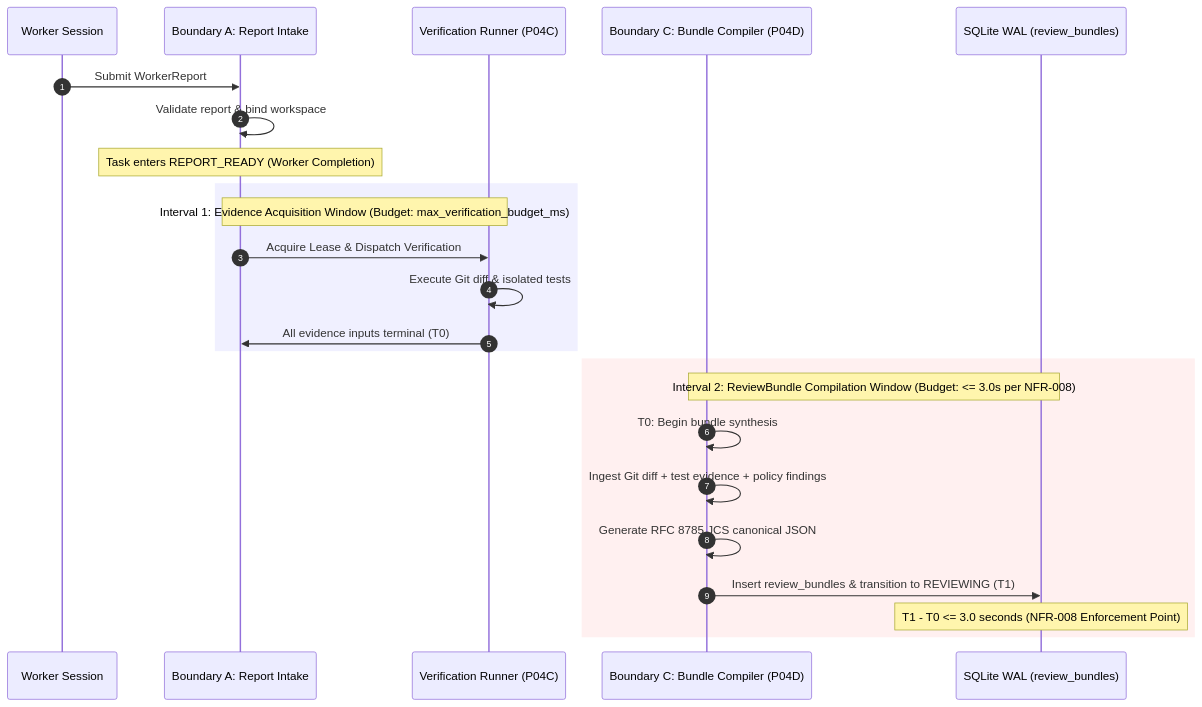
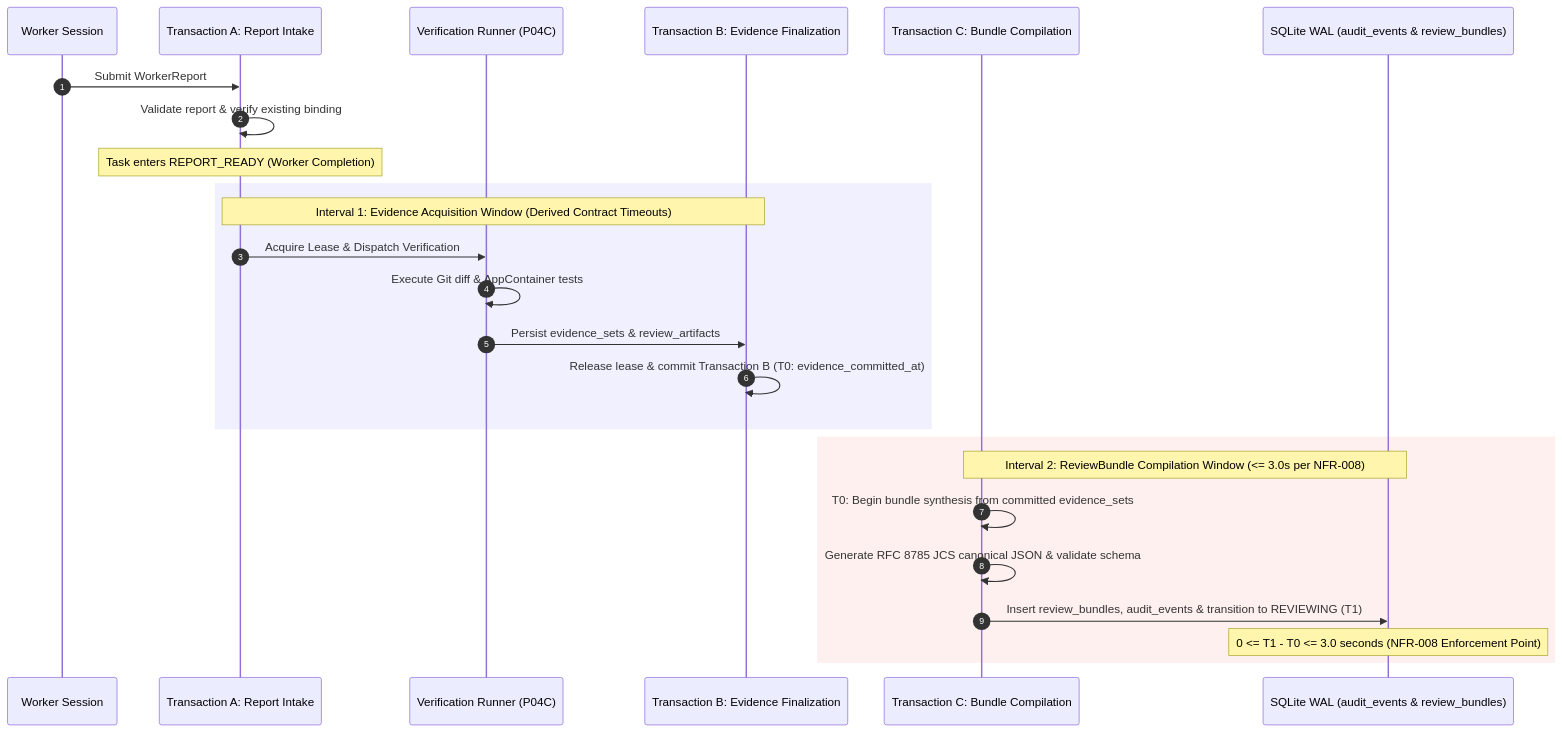
The diagram in docs/proposals/PROPOSAL-P04-002-review-bundle-latency-semantics.md (trungqwe/ai-supervisor), drawn with Mermaid before and after one commit. The commit also changed other lines of this file and 6 other files, not shown here.

Commit message:
docs(p04): record Re-Audit 006, remediate pre-contract architecture round 7

````diff
--- a/docs/proposals/PROPOSAL-P04-002-review-bundle-latency-semantics.md
+++ b/docs/proposals/PROPOSAL-P04-002-review-bundle-latency-semantics.md
@@ -44,29 +45,30 @@
 ```mermaid
 sequenceDiagram
     autonumber
     participant Worker as Worker Session
-    participant Intake as Boundary A: Report Intake
+    participant Intake as Transaction A: Report Intake
     participant Runner as Verification Runner (P04C)
-    participant Compiler as Boundary C: Bundle Compiler (P04D)
-    participant Store as SQLite WAL (review_bundles)
+    participant Finalize as Transaction B: Evidence Finalization
+    participant Compiler as Transaction C: Bundle Compilation
+    participant Store as SQLite WAL (audit_events & review_bundles)
 
     Worker->>Intake: Submit WorkerReport
-    Intake->>Intake: Validate report & bind workspace
+    Intake->>Intake: Validate report & verify existing binding
     Note over Intake: Task enters REPORT_READY (Worker Completion)
 
     rect rgb(240, 240, 255)
-        Note over Intake,Runner: Interval 1: Evidence Acquisition Window (Budget: max_verification_budget_ms)
+        Note over Intake,Finalize: Interval 1: Evidence Acquisition Window (Derived Contract Timeouts)
         Intake->>Runner: Acquire Lease & Dispatch Verification
-        Runner->>Runner: Execute Git diff & isolated tests
-        Runner->>Intake: All evidence inputs terminal (T0)
+        Runner->>Runner: Execute Git diff & AppContainer tests
+        Runner->>Finalize: Persist evidence_sets & review_artifacts
+        Finalize->>Finalize: Release lease & commit Transaction B (T0: evidence_committed_at)
     end
 
     rect rgb(255, 240, 240)
-        Note over Compiler,Store: Interval 2: ReviewBundle Compilation Window (Budget: <= 3.0s per NFR-008)
-        Compiler->>Compiler: T0: Begin bundle synthesis
-        Compiler->>Compiler: Ingest Git diff + test evidence + policy findings
-        Compiler->>Compiler: Generate RFC 8785 JCS canonical JSON
-        Compiler->>Store: Insert review_bundles & transition to REVIEWING (T1)
-        Note over Store: T1 - T0 <= 3.0 seconds (NFR-008 Enforcement Point)
+        Note over Compiler,Store: Interval 2: ReviewBundle Compilation Window (<= 3.0s per NFR-008)
+        Compiler->>Compiler: T0: Begin bundle synthesis from committed evidence_sets
+        Compiler->>Compiler: Generate RFC 8785 JCS canonical JSON & validate schema
+        Compiler->>Store: Insert review_bundles, audit_events & transition to REVIEWING (T1)
+        Note over Store: 0 <= T1 - T0 <= 3.0 seconds (NFR-008 Enforcement Point)
     end
 ```
````
